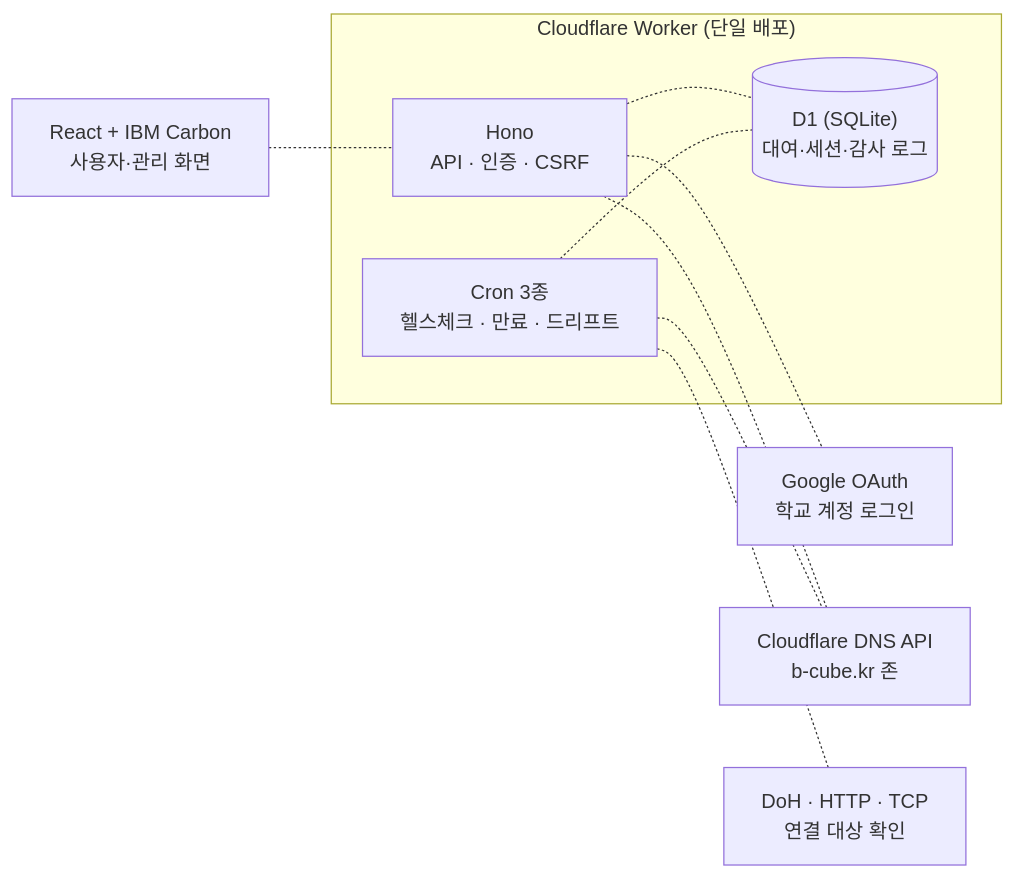
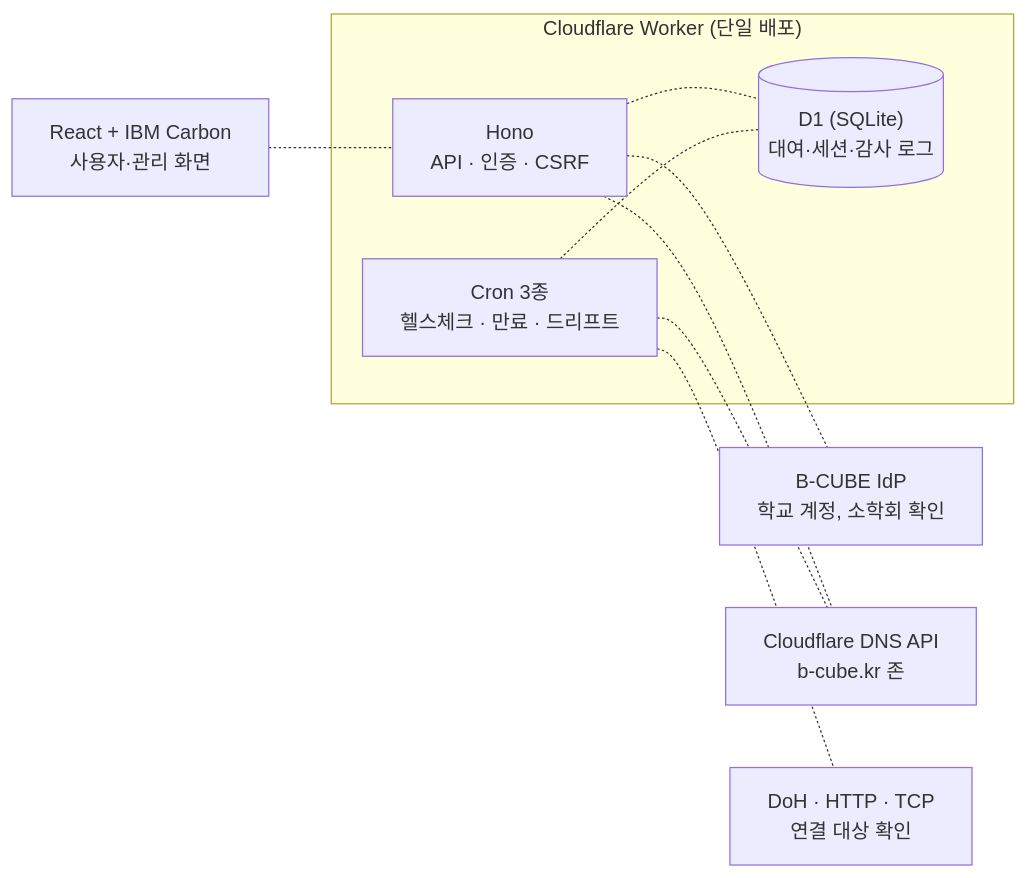
One commit to AU-Bcube/b-cube-subdomain-lending changed the fifth of 5 diagrams in README.md. Above: the diagram before and after it, drawn with Mermaid. The commit also changed other lines of this file and 5 other files, not shown here.

````diff
--- a/README.md
+++ b/README.md
@@ -289,12 +289,12 @@
 ```mermaid
 flowchart LR
     FE["React + IBM Carbon<br/>사용자·관리 화면"] -.- BE
     subgraph Core["Cloudflare Worker (단일 배포)"]
         BE["Hono<br/>API · 인증 · CSRF"] -.- RDB[("D1 (SQLite)<br/>대여·세션·감사 로그")]
         CRON["Cron 3종<br/>헬스체크 · 만료 · 드리프트"] -.- RDB
     end
-    BE -.- GOOGLE["Google OAuth<br/>학교 계정 로그인"]
+    BE -.- IDP["B-CUBE IdP<br/>학교 계정, 소학회 확인"]
     BE -.- CF["Cloudflare DNS API<br/>b-cube.kr 존"]
     CRON -.- CF
     CRON -.- PROBE["DoH · HTTP · TCP<br/>연결 대상 확인"]
 ```
````
